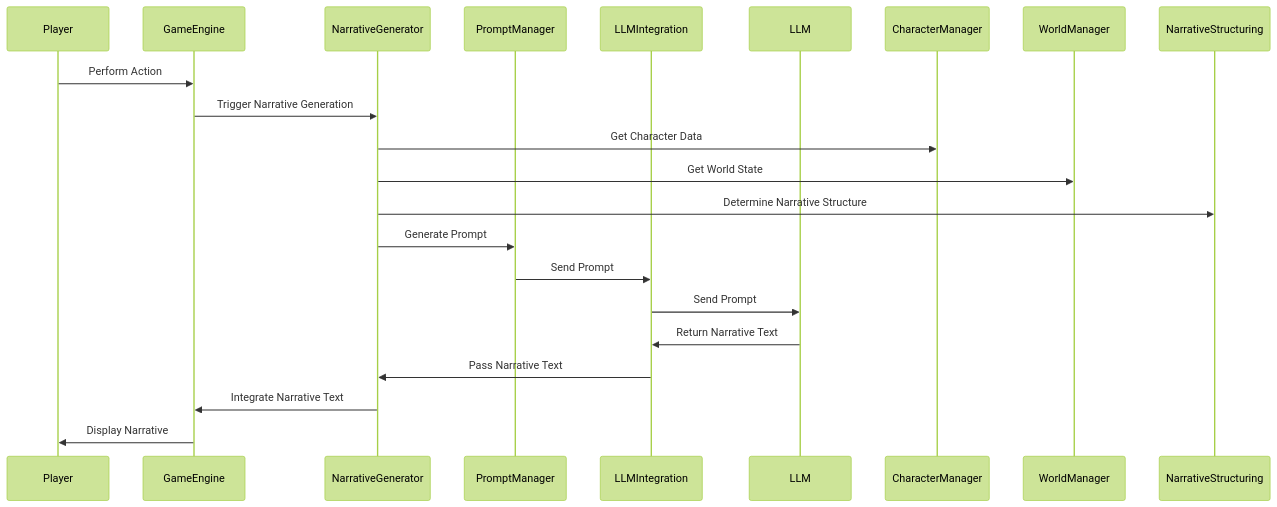
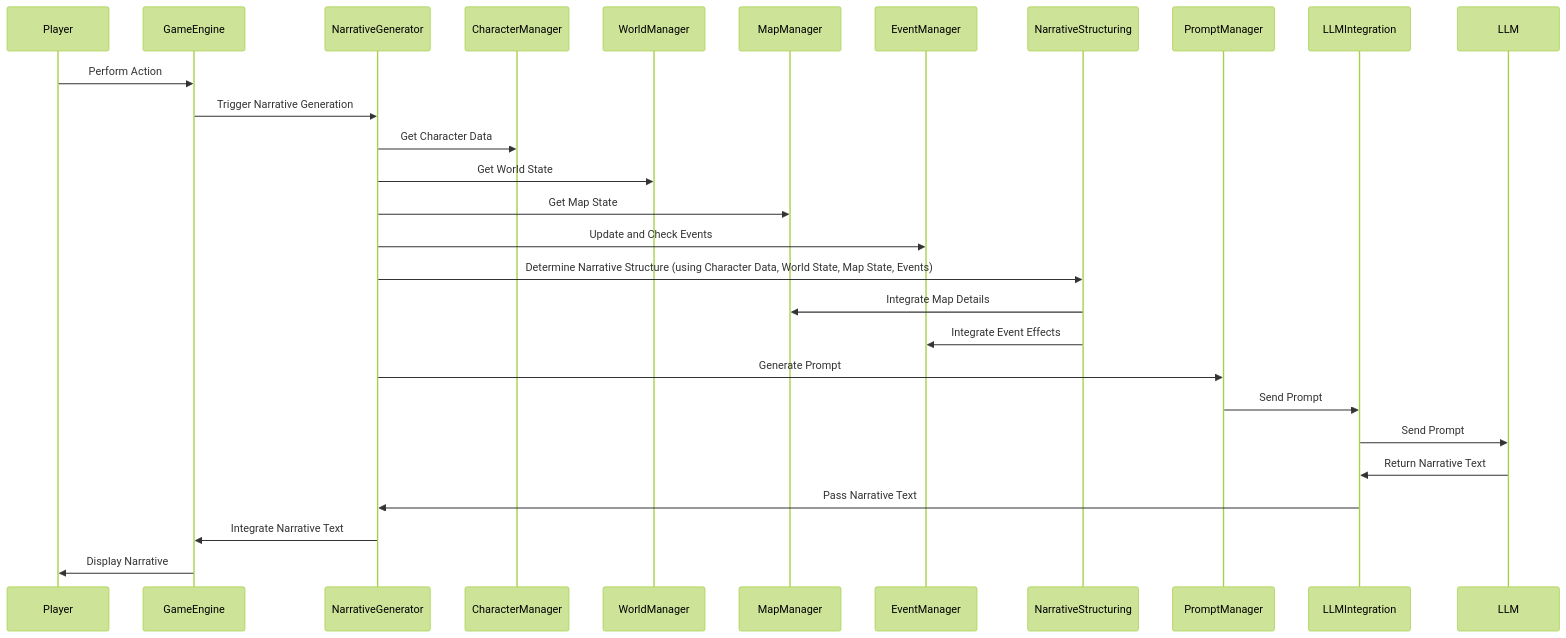
The diagram in docs/player_flow.mermaid (edz314/GenuineNarrativeCreator), drawn with Mermaid (forest theme) before and after one commit.

```diff
--- a/docs/player_flow.mermaid
+++ b/docs/player_flow.mermaid
@@ -1,20 +1,29 @@
 sequenceDiagram
     participant Player
     participant GameEngine
     participant NarrativeGenerator
+    participant CharacterManager
+    participant WorldManager
+    participant MapManager
+    participant EventManager
+    participant NarrativeStructuring
     participant PromptManager
     participant LLMIntegration
     participant LLM
 
     Player ->> GameEngine: Perform Action
     GameEngine ->> NarrativeGenerator: Trigger Narrative Generation
     NarrativeGenerator ->> CharacterManager: Get Character Data
     NarrativeGenerator ->> WorldManager: Get World State
-    NarrativeGenerator ->> NarrativeStructuring: Determine Narrative Structure
+    NarrativeGenerator ->> MapManager: Get Map State
+    NarrativeGenerator ->> EventManager: Update and Check Events
+    NarrativeGenerator ->> NarrativeStructuring: Determine Narrative Structure (using Character Data, World State, Map State, Events)
+    NarrativeStructuring ->> MapManager: Integrate Map Details
+    NarrativeStructuring ->> EventManager: Integrate Event Effects
     NarrativeGenerator ->> PromptManager: Generate Prompt
     PromptManager ->> LLMIntegration: Send Prompt
     LLMIntegration ->> LLM: Send Prompt
     LLM ->> LLMIntegration: Return Narrative Text
     LLMIntegration ->> NarrativeGenerator: Pass Narrative Text
     NarrativeGenerator ->> GameEngine: Integrate Narrative Text
     GameEngine ->> Player: Display Narrative
```
